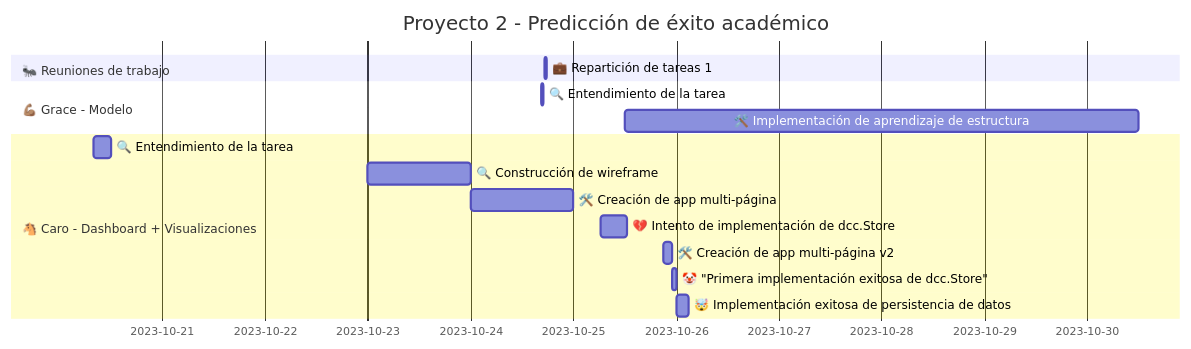
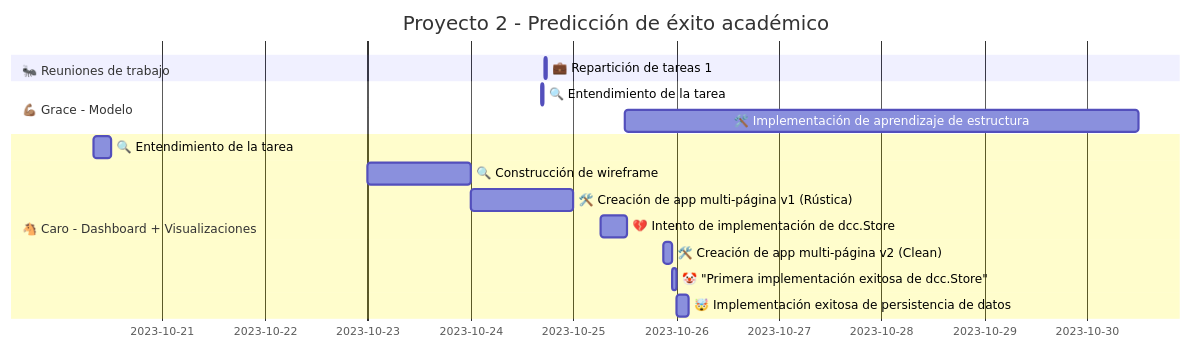
The diagram in README.md (zcrodriguez/AC_IPP_P2), drawn with Mermaid before and after one commit. The commit also changed 1 other file, not shown here.

Commit message:
Update de README.md y P2_Notas_Dashboard.md
- Incorporo comentarios de los avances hechos entre la tarde del 25 de octubre y la mañana del 26 de octubre.
- Agrego el archivo P2_Notas_Dashboard.md con los avances y aprendizajes hechos en el dashboard.
- Actualizo contenido del README.md

````diff
--- a/README.md
+++ b/README.md
@@ -5,18 +5,18 @@
 ```mermaid
 gantt
     title Proyecto 2 - Predicción de éxito académico
     dateFormat  YYYY-MM-DD
     section 🐜 Reuniones de trabajo
     💼 Repartición de tareas 1:2023-10-24 17:21,30m
     section 💪🏽 Grace - Modelo
     🔍 Entendimiento de la tarea:2023-10-24 16:30,40m
     🛠️ Implementación de aprendizaje de estructura: 2023-10-25 12:00, 5d
     section 🐴 Caro - Dashboard + Visualizaciones
     🔍 Entendimiento de la tarea:2023-10-20 8:00,4h
     🔍 Construcción de wireframe:2023-10-23,1d
-    🛠️ Creación de app multi-página:2023-10-24,1d
+    🛠️ Creación de app multi-página v1 (Rústica):2023-10-24,1d
     💔 Intento de implementación de dcc.Store:2023-10-25 6:30, 6h
-    🛠️ Creación de app multi-página v2:2023-10-25 21:00, 2h
+    🛠️ Creación de app multi-página v2 (Clean):2023-10-25 21:00, 2h
     🤡 "Primera implementación exitosa de dcc.Store":2023-10-25 23:00, 1h
     🤯 Implementación exitosa de persistencia de datos:2023-10-26 00:00, 3h
 ```
````
